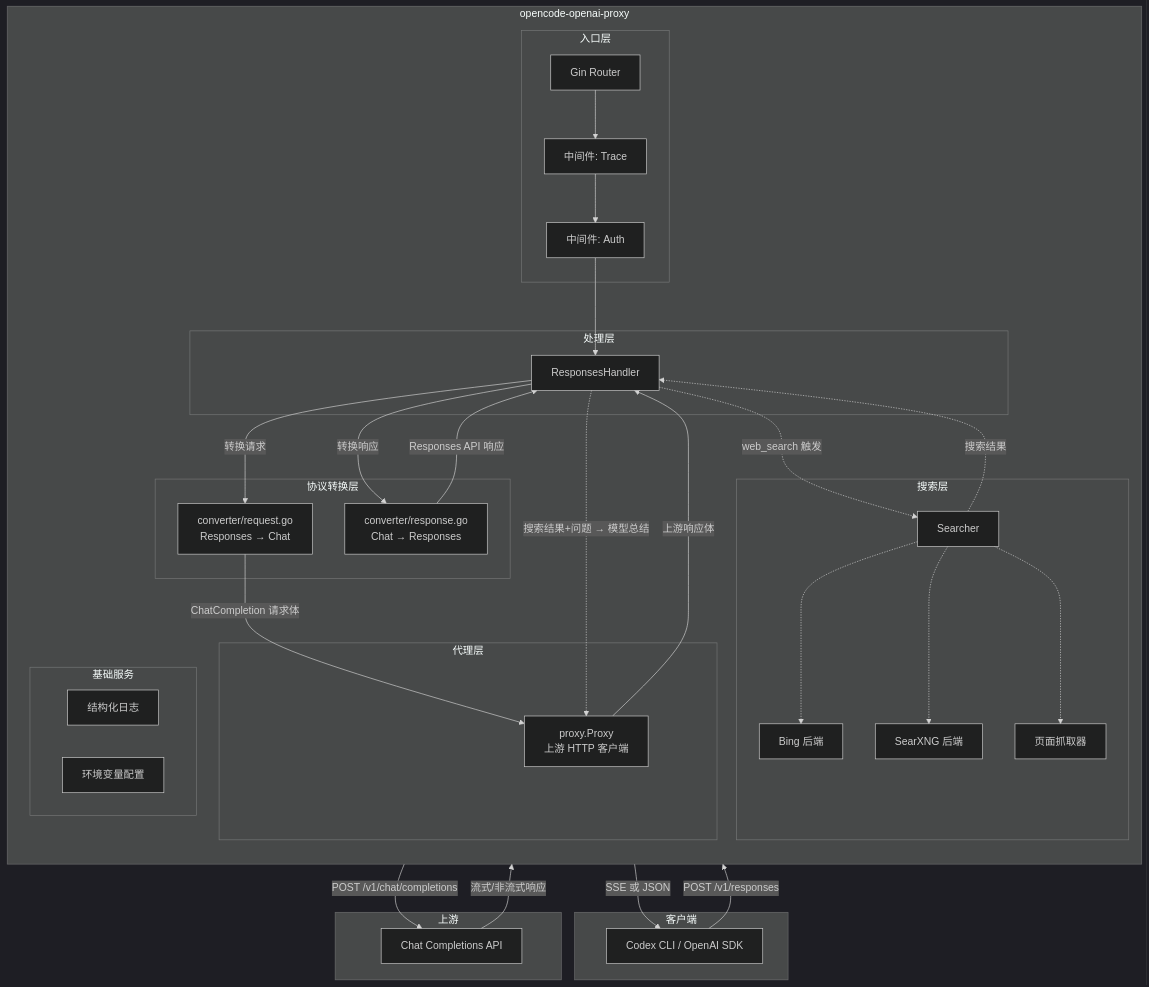
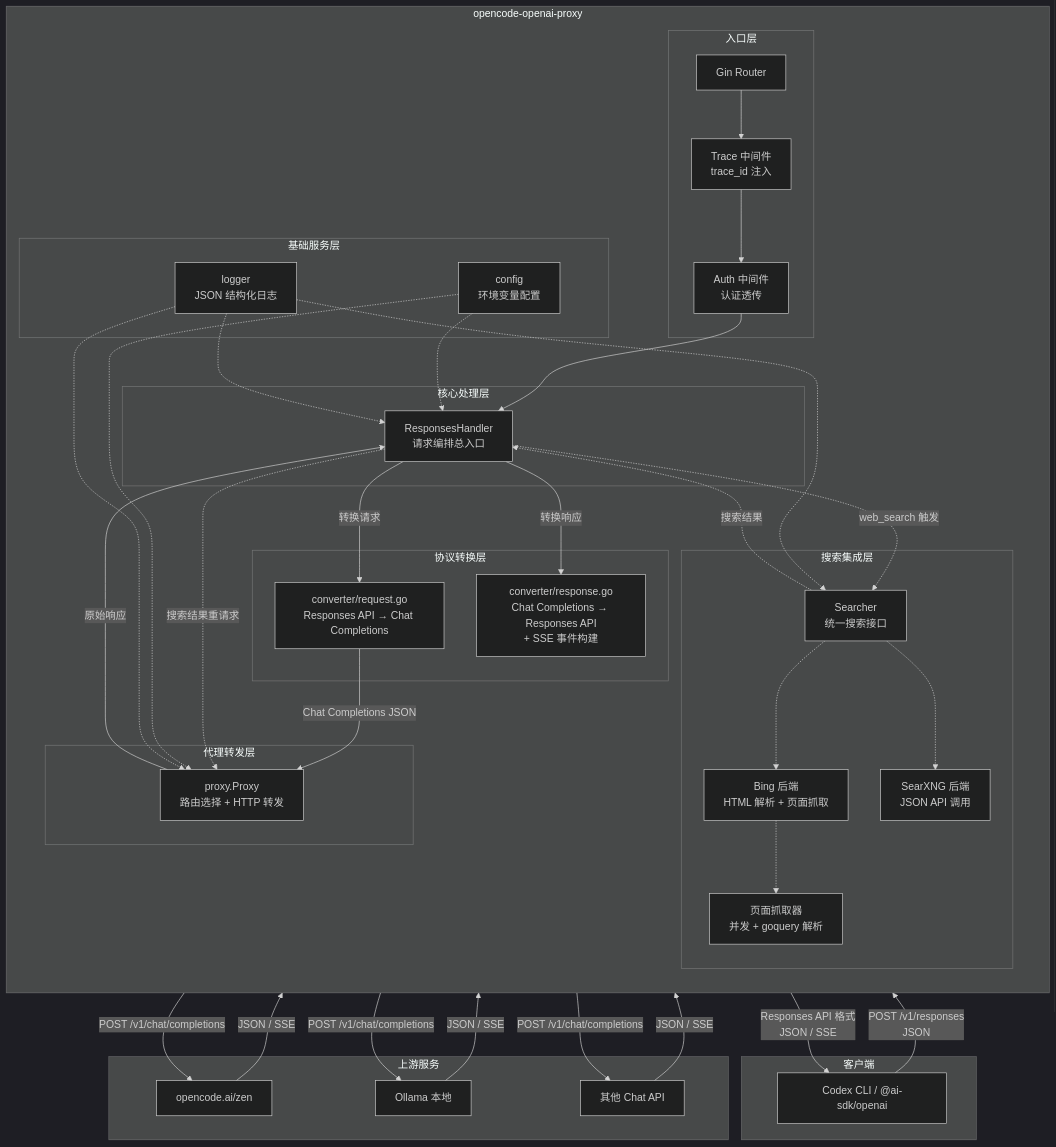
Before and after one commit to LiuXingLong/opencode_openai_proxy: the first of 9 diagrams in docs/architecture.md, drawn with Mermaid (dark theme). The commit also changed other lines of this file and 1 other file, not shown here.

Commit message:
docs: replace architecture and flow documentation with Mermaid diagrams

````diff
--- a/docs/architecture.md
+++ b/docs/architecture.md
@@ -5,62 +5,74 @@
 ```mermaid
 graph TB
-    subgraph 客户端
-        CLI[Codex CLI / OpenAI SDK]
+    subgraph 客户端[客户端]
+        CLI[Codex CLI / @ai-sdk/openai]
     end
 
-    subgraph opencode-openai-proxy
+    subgraph 代理[opencode-openai-proxy]
         direction TB
+
         subgraph 入口层
             GIN[Gin Router]
-            MID_Trace[中间件: Trace]
-            MID_Auth[中间件: Auth]
+            MID_TRACE[Trace 中间件<br/>trace_id 注入]
+            MID_AUTH[Auth 中间件<br/>认证透传]
         end
 
-        subgraph 处理层
-            Handler[ResponsesHandler]
+        subgraph 核心处理层
+            HANDLER[ResponsesHandler<br/>请求编排总入口]
         end
 
         subgraph 协议转换层
-            CR[converter/request.go<br/>Responses → Chat]
-            CRP[converter/response.go<br/>Chat → Responses]
+            REQ_CONV[converter/request.go<br/>Responses API → Chat Completions]
+            RESP_CONV[converter/response.go<br/>Chat Completions → Responses API<br/>+ SSE 事件构建]
         end
 
-        subgraph 代理层
-            Proxy[proxy.Proxy<br/>上游 HTTP 客户端]
+        subgraph 代理转发层
+            PROXY[proxy.Proxy<br/>路由选择 + HTTP 转发]
         end
 
-        subgraph 搜索层
-            Searcher[Searcher]
-            Bing[Bing 后端]
-            SearXNG[SearXNG 后端]
-            Fetcher[页面抓取器]
+        subgraph 搜索集成层
+            SEARCHER[Searcher<br/>统一搜索接口]
+            BING[Bing 后端<br/>HTML 解析 + 页面抓取]
+            SEARXNG[SearXNG 后端<br/>JSON API 调用]
+            FETCHER[页面抓取器<br/>并发 + goquery 解析]
         end
 
-        subgraph 基础服务
-            Logger[结构化日志]
-            Config[环境变量配置]
+        subgraph 基础服务层
+            CONFIG[config<br/>环境变量配置]
+            LOGGER[logger<br/>JSON 结构化日志]
         end
     end
 
-    subgraph 上游
-        UP[Chat Completions API]
+    subgraph 上游[上游服务]
+        UPSTREAM_A[opencode.ai/zen]
+        UPSTREAM_B[Ollama 本地]
+        UPSTREAM_C[其他 Chat API]
     end
 
-    CLI -->|POST /v1/responses| GIN
-    GIN --> MID_Trace --> MID_Auth --> Handler
-    Handler -->|转换请求| CR
-    CR -->|ChatCompletion 请求体| Proxy
-    Proxy -->|POST /v1/chat/completions| UP
-    UP -->|流式/非流式响应| Proxy
-    Proxy -->|上游响应体| Handler
-    Handler -->|转换响应| CRP
-    CRP -->|Responses API 响应| Handler
-    Handler -->|SSE 或 JSON| CLI
+    CLI -->|"POST /v1/responses<br/>JSON"| GIN
+    GIN --> MID_TRACE --> MID_AUTH --> HANDLER
+    HANDLER -->|"转换请求"| REQ_CONV
+    REQ_CONV -->|"Chat Completions JSON"| PROXY
+    PROXY -->|"POST /v1/chat/completions"| UPSTREAM_A
+    PROXY -->|"POST /v1/chat/completions"| UPSTREAM_B
+    PROXY -->|"POST /v1/chat/completions"| UPSTREAM_C
+    UPSTREAM_A -->|"JSON / SSE"| PROXY
+    UPSTREAM_B -->|"JSON / SSE"| PROXY
+    UPSTREAM_C -->|"JSON / SSE"| PROXY
+    PROXY -->|"原始响应"| HANDLER
+    HANDLER -->|"转换响应"| RESP_CONV
+    RESP_CONV -->|"Responses API 格式<br/>JSON / SSE"| CLI
 
-    Handler -.->|web_search 触发| Searcher
-    Searcher -.-> Bing
-    Searcher -.-> SearXNG
-    Searcher -.-> Fetcher
-    Searcher -.->|搜索结果| Handler
-    Handler -.->|搜索结果+问题 → 模型总结| Proxy
+    HANDLER -.->|"web_search 触发"| SEARCHER
+    SEARCHER -.-> BING
+    SEARCHER -.-> SEARXNG
+    BING -.-> FETCHER
+    SEARCHER -.->|"搜索结果"| HANDLER
+    HANDLER -.->|"搜索结果重请求"| PROXY
+
+    CONFIG -.-> HANDLER
+    CONFIG -.-> PROXY
+    LOGGER -.-> HANDLER
+    LOGGER -.-> PROXY
+    LOGGER -.-> SEARCHER
 ```
````
